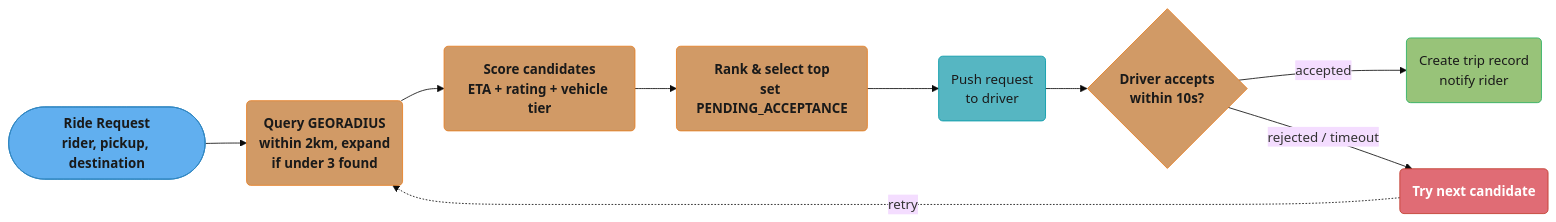
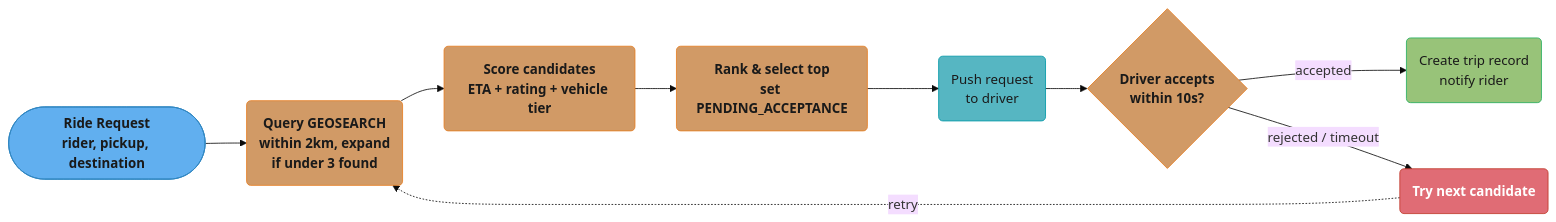
Before and after one commit to rppol/system-design: the third of 8 diagrams in src/main/java/com/rutik/systemdesign/hld/case_studies/design_uber.md, drawn with Mermaid (base theme). The commit also changed other lines of this file and 3 other files, not shown here.

First line of the commit message:
audit(hld): closes the section — a $700M/year figure that is actually $750K

````diff
--- a/src/main/java/com/rutik/systemdesign/hld/case_studies/design_uber.md
+++ b/src/main/java/com/rutik/systemdesign/hld/case_studies/design_uber.md
@@ -209,30 +212,30 @@
 ```mermaid
 flowchart LR
     classDef io      fill:#61afef,stroke:#2e86c1,color:#1a1a1a,font-weight:bold
     classDef frozen  fill:#c678dd,stroke:#9b59b6,color:#fff
     classDef train   fill:#98c379,stroke:#27ae60,color:#1a1a1a
     classDef mathOp  fill:#d19a66,stroke:#e67e22,color:#1a1a1a,font-weight:bold
     classDef lossN   fill:#e06c75,stroke:#c0392b,color:#fff,font-weight:bold
     classDef req     fill:#56b6c2,stroke:#0097a7,color:#1a1a1a
     classDef base    fill:#e5c07b,stroke:#f39c12,color:#1a1a1a
 
     rideRequest(["Ride Request<br/>rider, pickup, destination"])
-    queryDrivers("Query GEORADIUS<br/>within 2km, expand<br/>if under 3 found")
+    queryDrivers("Query GEOSEARCH<br/>within 2km, expand<br/>if under 3 found")
     scoreCandidates("Score candidates<br/>ETA + rating + vehicle tier")
     rankSelect("Rank & select top<br/>set PENDING_ACCEPTANCE")
     notifyDriver("Push request<br/>to driver")
     acceptDecision{"Driver accepts<br/>within 10s?"}
     createTrip("Create trip record<br/>notify rider")
     nextCandidate("Try next candidate")
 
     rideRequest --> queryDrivers --> scoreCandidates --> rankSelect --> notifyDriver --> acceptDecision
     acceptDecision -->|"accepted"| createTrip
     acceptDecision -->|"rejected / timeout"| nextCandidate
     nextCandidate -.->|"retry"| queryDrivers
 
     class rideRequest io
     class queryDrivers,scoreCandidates,rankSelect,acceptDecision mathOp
     class notifyDriver req
     class createTrip train
     class nextCandidate lossN
 ```
````
